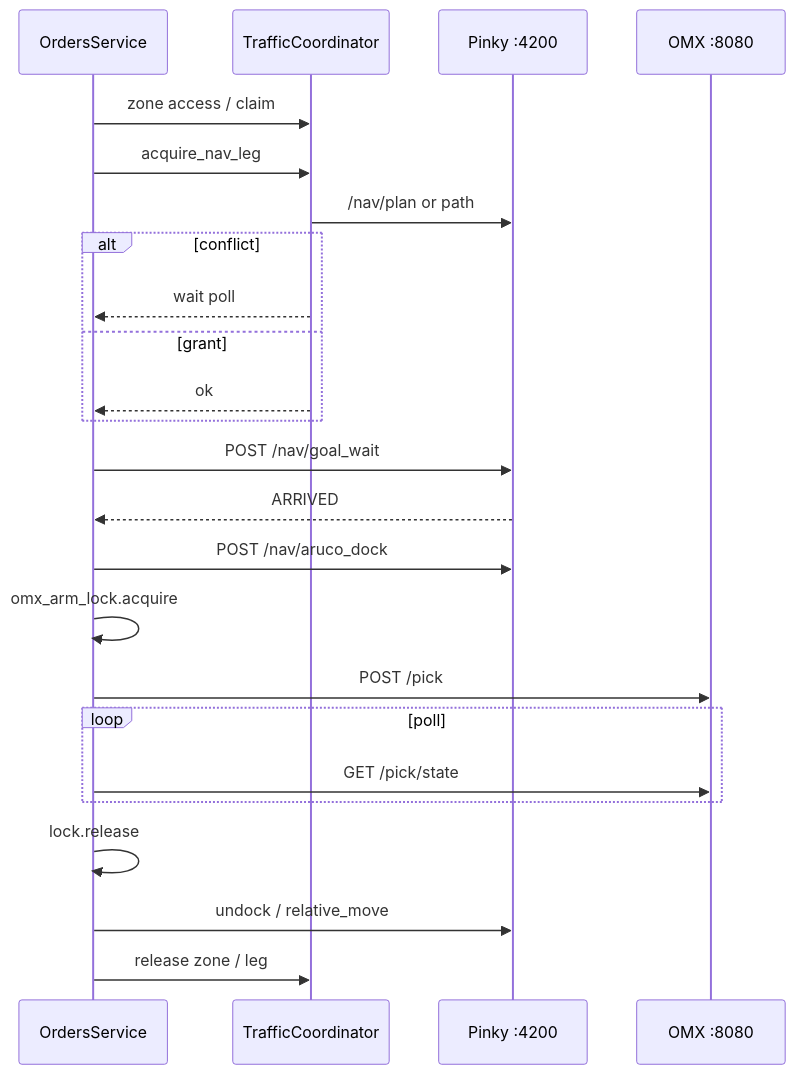
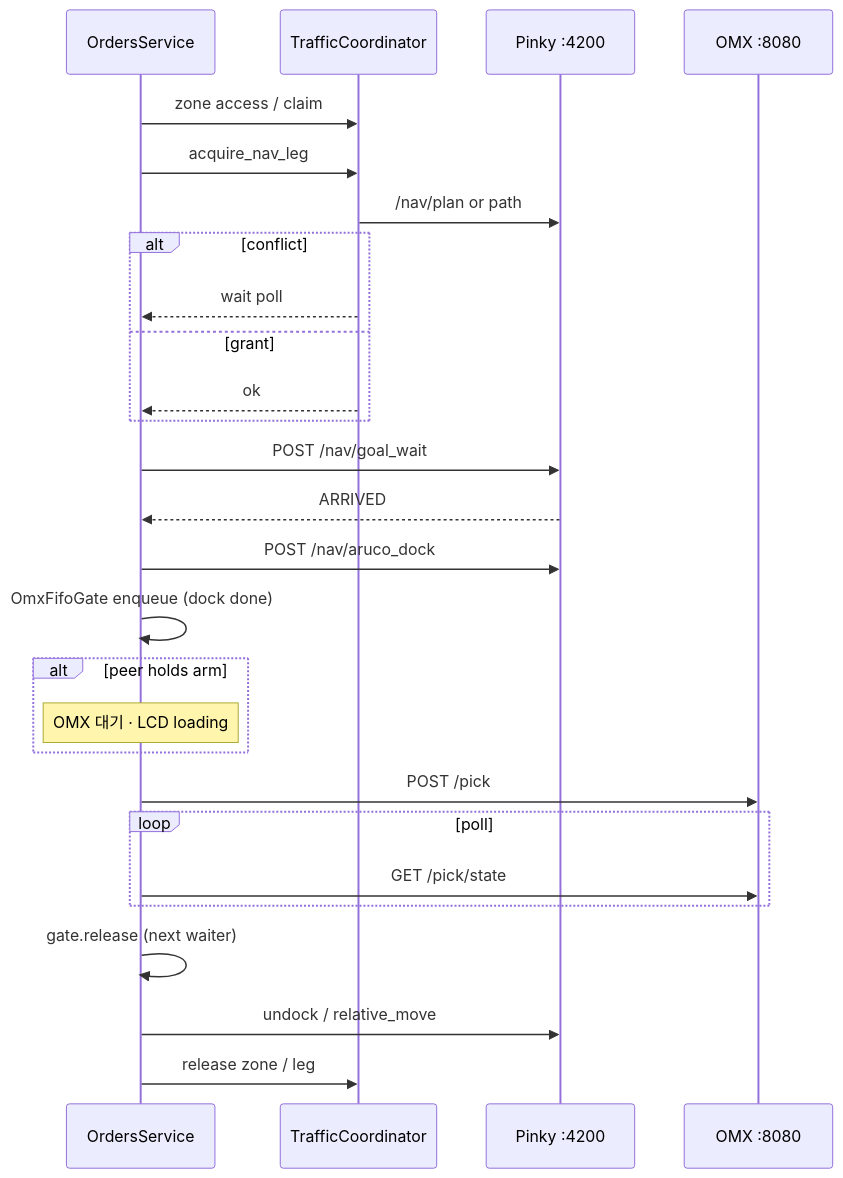
The tenth of 11 diagrams in README.md (hyj07003/PS_project), drawn with Mermaid before and after one commit. The commit also changed other lines of this file and 10 other files, not shown here.

````diff
--- a/README.md
+++ b/README.md
@@ -541,27 +707,30 @@
 ```mermaid
 sequenceDiagram
   participant O as OrdersService
   participant T as TrafficCoordinator
   participant P as Pinky :4200
   participant X as OMX :8080
 
   O->>T: zone access / claim
   O->>T: acquire_nav_leg
   T->>P: /nav/plan or path
   alt conflict
     T-->>O: wait poll
   else grant
     T-->>O: ok
   end
   O->>P: POST /nav/goal_wait
   P-->>O: ARRIVED
   O->>P: POST /nav/aruco_dock
-  O->>O: omx_arm_lock.acquire
+  O->>O: OmxFifoGate enqueue (dock done)
+  alt peer holds arm
+    Note over O: OMX 대기 · LCD loading
+  end
   O->>X: POST /pick
   loop poll
     O->>X: GET /pick/state
   end
-  O->>O: lock.release
+  O->>O: gate.release (next waiter)
   O->>P: undock / relative_move
   O->>T: release zone / leg
 ```
````
